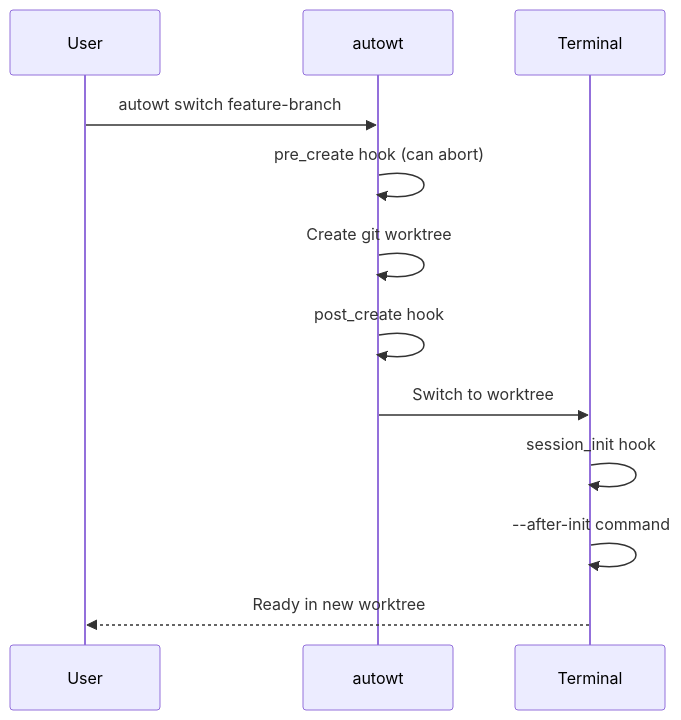
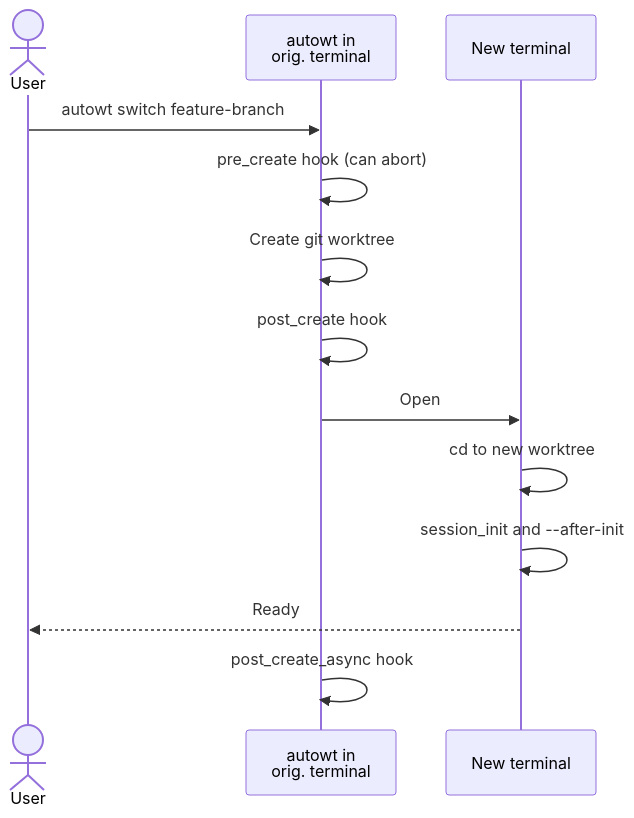
The first of 3 diagrams in docs/lifecyclehooks.md (irskep/autowt), drawn with Mermaid before and after one commit. The commit also changed other lines of this file, not shown here.

Commit message:
Aspiration lifecycle hooks diagram

````diff
--- a/docs/lifecyclehooks.md
+++ b/docs/lifecyclehooks.md
@@ -76,15 +77,16 @@
 ```mermaid
 sequenceDiagram
-    participant User
-    participant autowt
-    participant Terminal
+    actor User
+    participant autowt as autowt in<br>orig. terminal
+    participant Terminal as New terminal
 
     User->>autowt: autowt switch feature-branch
     autowt->>autowt: pre_create hook (can abort)
     autowt->>autowt: Create git worktree
     autowt->>autowt: post_create hook
-    autowt->>Terminal: Switch to worktree
-    Terminal->>Terminal: session_init hook
-    Terminal->>Terminal: --after-init command
-    Terminal-->>User: Ready in new worktree
+    autowt->>Terminal: Open
+    Terminal->>Terminal: cd to new worktree
+    Terminal->>Terminal: session_init and --after-init
+    Terminal-->>User: Ready
+    autowt->>autowt: post_create_async hook
 ```
````
